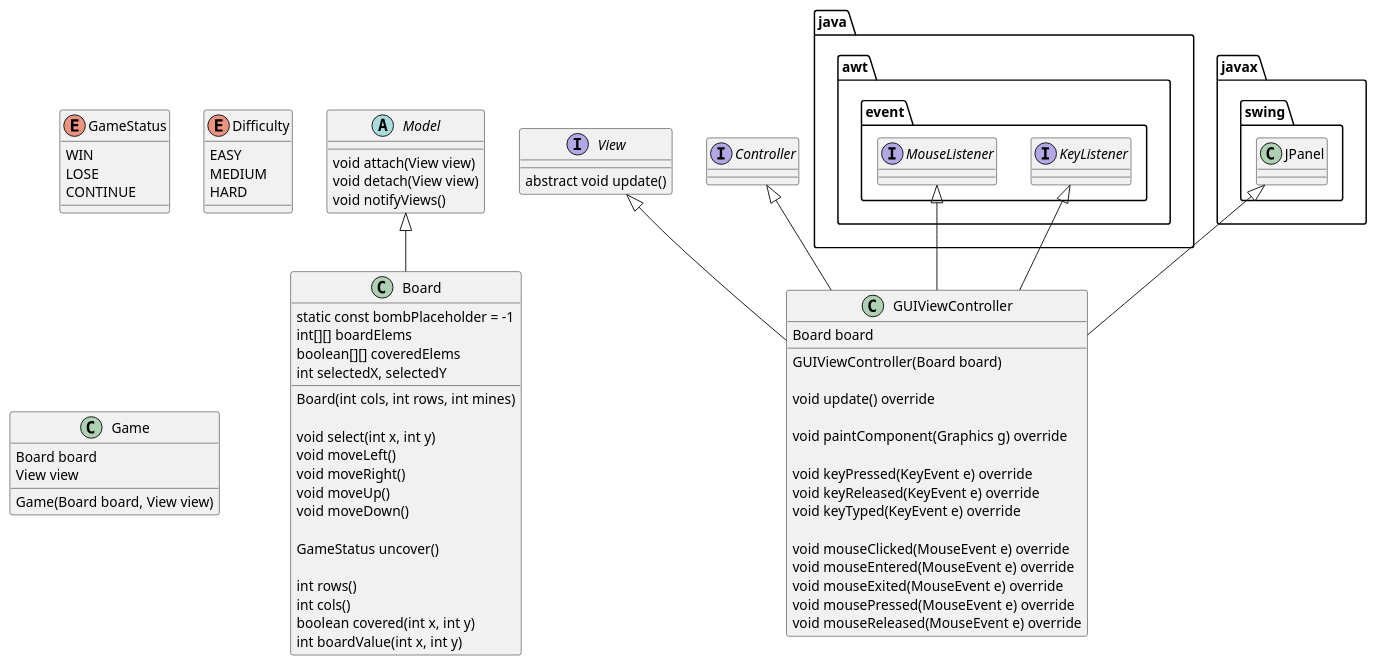
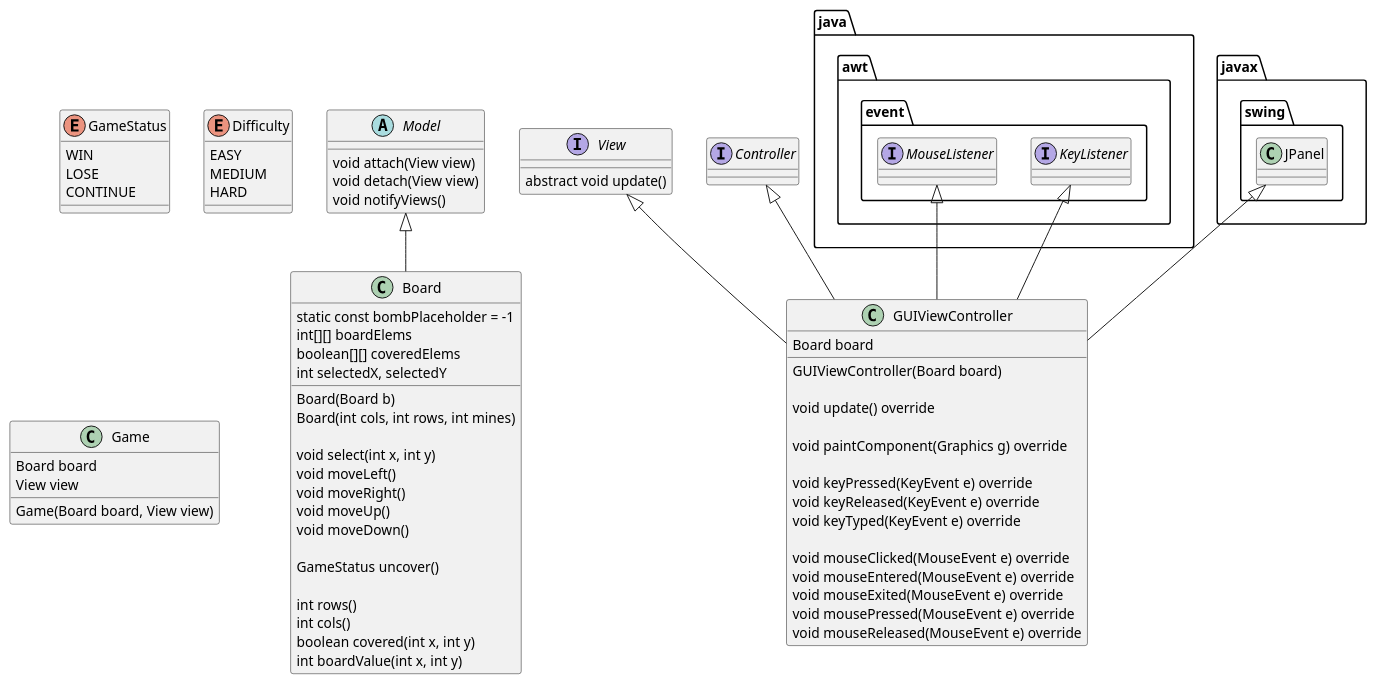
One commit to MarkMizzi/minesweeper changed the diagram in design/minesweeper.plantuml. Above: the diagram before and after it, drawn with PlantUML.

Commit message:
[task2] added Board deepcopy constructor to design

```diff
--- a/design/minesweeper.plantuml
+++ b/design/minesweeper.plantuml
@@ -1,88 +1,89 @@
 @startuml
 
 abstract class Model {
     void attach(View view)
     void detach(View view)
     void notifyViews()
 }
 
 class Board {
 
     static const bombPlaceholder = -1
     int[][] boardElems
     boolean[][] coveredElems
     int selectedX, selectedY
 
+    Board(Board b)
     Board(int cols, int rows, int mines)
 
     void select(int x, int y)
     void moveLeft()
     void moveRight()
     void moveUp()
     void moveDown()
 
     GameStatus uncover()
 
     int rows()
     int cols()
     boolean covered(int x, int y)
     int boardValue(int x, int y)
 }
 
 enum GameStatus {
     WIN
     LOSE
     CONTINUE
 }
 
 enum Difficulty {
     EASY
     MEDIUM
     HARD
 }
 
 class GUIViewController {
     Board board
 
     GUIViewController(Board board)
 
     void update() override
 
     void paintComponent(Graphics g) override
 
     void keyPressed(KeyEvent e) override
     void keyReleased(KeyEvent e) override
     void keyTyped(KeyEvent e) override
 
     void mouseClicked(MouseEvent e) override
     void mouseEntered(MouseEvent e) override
     void mouseExited(MouseEvent e) override
     void mousePressed(MouseEvent e) override
     void mouseReleased(MouseEvent e) override
 }
 
 interface View {
     abstract void update()
 }
 
 class Game {
     Board board
     View view
 
     Game(Board board, View view)
 }
 
 interface java.awt.event.KeyListener
 interface java.awt.event.MouseListener
 class javax.swing.JPanel
 
 interface Controller
 
 Model <|-- Board
 Controller <|-- GUIViewController
 View <|-- GUIViewController
 java.awt.event.KeyListener <|-- GUIViewController
 java.awt.event.MouseListener <|-- GUIViewController
 javax.swing.JPanel <|-- GUIViewController
 
 @enduml
```
